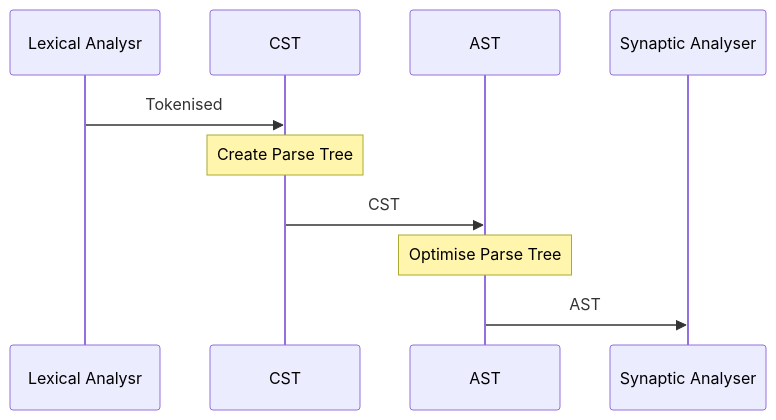
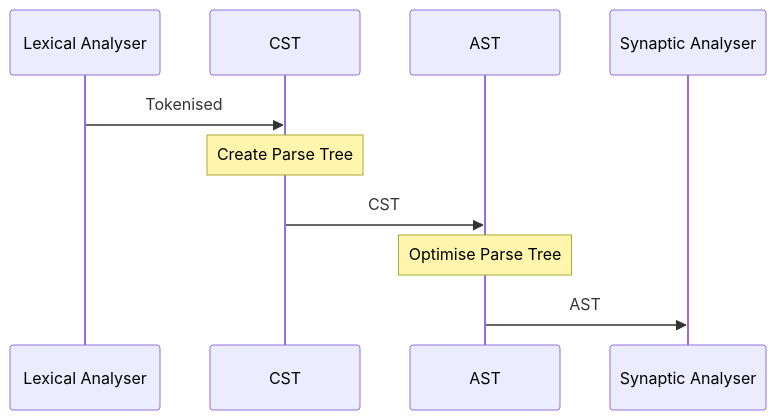
Before and after one commit to trshant-sugoi/stackedit: the third of 5 diagrams in drafts/2019-02-25-Compiler-I-AST.md, drawn with Mermaid. The commit also changed other lines of this file, not shown here.

````diff
--- a/drafts/2019-02-25-Compiler-I-AST.md
+++ b/drafts/2019-02-25-Compiler-I-AST.md
@@ -59,12 +63,12 @@
 ```mermaid
 sequenceDiagram
-participant T as Lexical Analysr   
+participant T as Lexical Analyser   
 participant SA1 as CST
 participant SA2 as AST 
 
 T ->> SA1 : Tokenised   
 Note over SA1: Create Parse Tree
 SA1  ->> SA2 : CST
 Note over SA2: Optimise Parse Tree
 SA2  ->> Synaptic Analyser: AST 
 ```  
````
